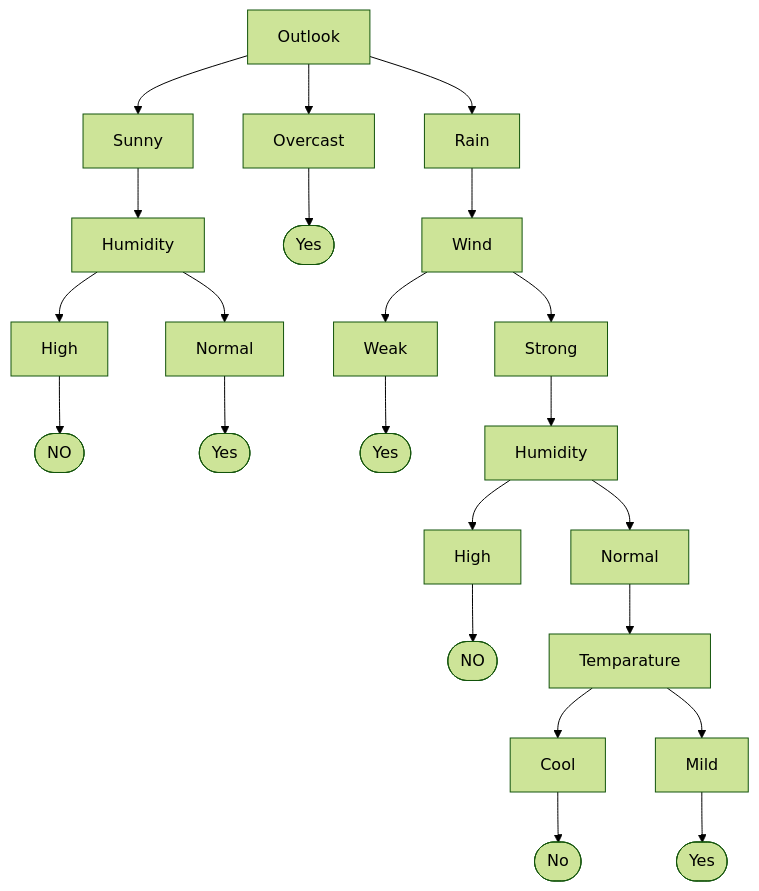
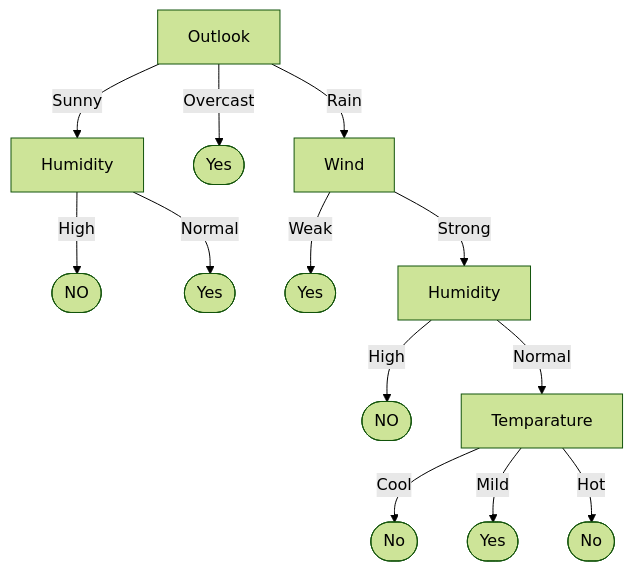
One commit to Parvez-Uni-Projects/Artificial_Intelligence changed the fifth of 6 diagrams in Machine Learning/Decision Tree/readme.md. Above: the diagram before and after it, drawn with Mermaid (forest theme). The commit also changed other lines of this file, not shown here.

````diff
--- a/Machine Learning/Decision Tree/readme.md
+++ b/Machine Learning/Decision Tree/readme.md
@@ -9,57 +413,34 @@
 ```mermaid
-
 
 graph TD
 
-Outlook --> Sunny
-Outlook --> Overcast
-Outlook --> Rain
+Outlook -->|Sunny| Humidity
+Outlook -->|Overcast| overcastYes
+Outlook -->|Rain| Wind
 
-Sunny --> Humidity
-Humidity --> High
-Humidity --> Normal
-High --> humNO
-Normal --> humYes
+Humidity -->|High| humNO
+Humidity -->|Normal| humYes
 
-Overcast --> overcastYes
+overcastYes([Yes])
+humNO([NO])
+humYes([Yes])
 
-Rain --> Wind
+Wind -->|Weak| windYes
+Wind -->|Strong| windStrongHumidity
+windStrongHumidity -->|High| windHumidityHighNO
+windStrongHumidity -->|Normal| Temparature
 
-Wind --> Weak
-Wind --> Strong
+Temparature -->|Cool| tempNo
+Temparature -->|Mild| tempYes
+Temparature -->|Hot| tempHotNo
 
 
-Weak --> windYes
+windStrongHumidity[Humidity]
+windYes([Yes])
+windHumidityHighNO([NO])
 
-Strong --> windHumidity
-
-windHumidity --> windHumidityHigh
-windHumidity --> windHumidityNormal
-
-windHumidityHigh --> windHumityNO
-
-windHumidityNormal --> Temparature
-
-Temparature --> Cool
-Temparature --> Mild
-
-Cool --> tempNo
-Mild --> tempYes
-
-
-humNO([NO])
-humYes([Yes])
-overcastYes([Yes])
-windYes([Yes])
-windHumidity[Humidity]
-windHumidityHigh[High]
-windHumidityNormal[Normal]
-windHumityNO([NO])
+tempNo([No])
 tempYes([Yes])
-tempNo([No])
-
-
-
-
+tempHotNo([No])
 
 ```
````
